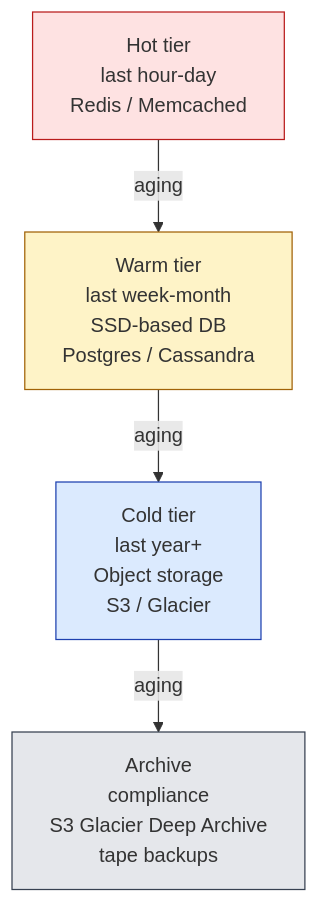
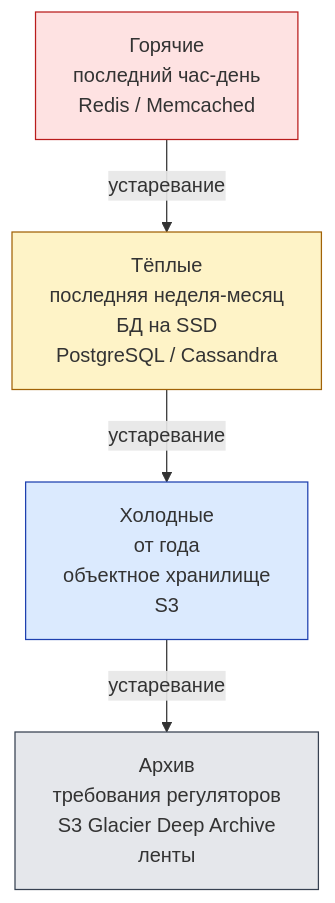
Before and after one commit to fev0ks/LearnGoLang: the fifth of 6 diagrams in docs/senior-golang-study/05-system-design/highload-design-patterns.md, drawn with Mermaid. The commit also changed other lines of this file, not shown here.

````diff
--- a/docs/senior-golang-study/05-system-design/highload-design-patterns.md
+++ b/docs/senior-golang-study/05-system-design/highload-design-patterns.md
@@ -728,16 +808,16 @@
 ```mermaid
 flowchart TB
-    Hot["Hot tier<br/>last hour-day<br/>Redis / Memcached"]
-    Warm["Warm tier<br/>last week-month<br/>SSD-based DB<br/>Postgres / Cassandra"]
-    Cold["Cold tier<br/>last year+<br/>Object storage<br/>S3 / Glacier"]
-    Archive["Archive<br/>compliance<br/>S3 Glacier Deep Archive<br/>tape backups"]
+    Hot["Горячие<br/>последний час-день<br/>Redis / Memcached"]
+    Warm["Тёплые<br/>последняя неделя-месяц<br/>БД на SSD<br/>PostgreSQL / Cassandra"]
+    Cold["Холодные<br/>от года<br/>объектное хранилище<br/>S3"]
+    Archive["Архив<br/>требования регуляторов<br/>S3 Glacier Deep Archive<br/>ленты"]
 
-    Hot -->|aging| Warm
-    Warm -->|aging| Cold
-    Cold -->|aging| Archive
+    Hot -->|устаревание| Warm
+    Warm -->|устаревание| Cold
+    Cold -->|устаревание| Archive
 
     style Hot fill:#fee2e2,stroke:#b91c1c
     style Warm fill:#fef3c7,stroke:#a16207
     style Cold fill:#dbeafe,stroke:#1e40af
     style Archive fill:#e5e7eb,stroke:#374151
 ```
````
